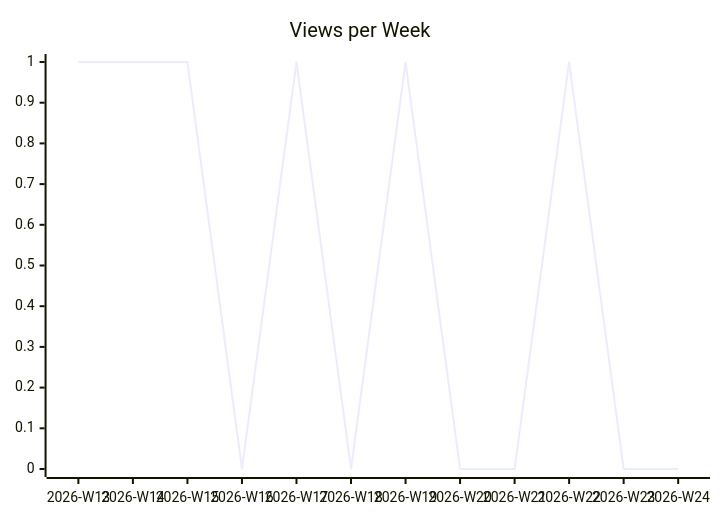
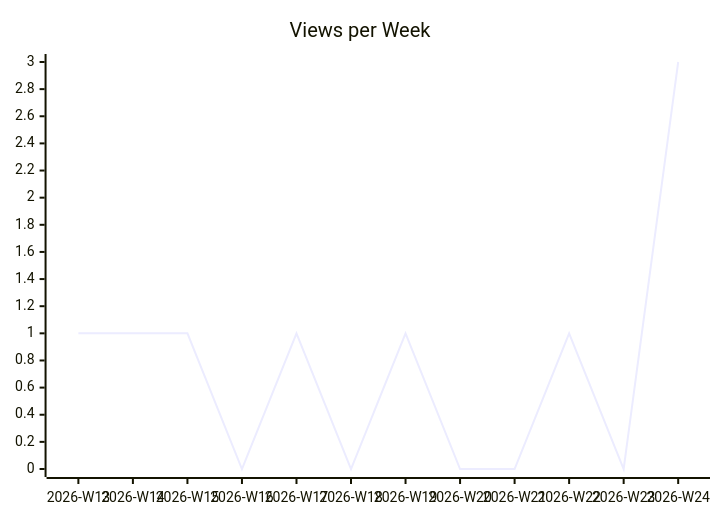
One commit to justdavis-family/github-analytics-data changed the second of 3 diagrams in karlmdavis/ansible-role-jenkins2/README.md. Above: the diagram before and after it, drawn with Mermaid. The commit also changed other lines of this file and 193 other files, not shown here.

````diff
--- a/karlmdavis/ansible-role-jenkins2/README.md
+++ b/karlmdavis/ansible-role-jenkins2/README.md
@@ -12,6 +12,6 @@
 ```mermaid
 xychart-beta
   title "Views per Week"
   x-axis ["2026-W13", "2026-W14", "2026-W15", "2026-W16", "2026-W17", "2026-W18", "2026-W19", "2026-W20", "2026-W21", "2026-W22", "2026-W23", "2026-W24"]
-  line [1, 1, 1, 0, 1, 0, 1, 0, 0, 1, 0, 0]
+  line [1, 1, 1, 0, 1, 0, 1, 0, 0, 1, 0, 3]
 ```
````
